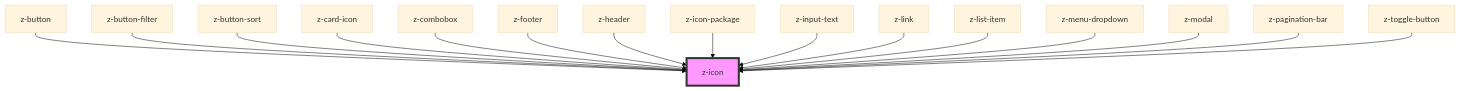
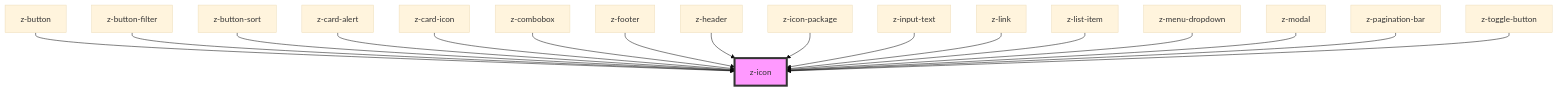
The diagram in web-components-library/src/components/z-icon/readme.md (ZanichelliEditore/design-system), drawn with Mermaid (base theme) before and after one commit. The commit also changed other lines of this file and 7 other files, not shown here.

Commit message:
MYZ-6953 - Tooltip and card alert

````diff
--- a/web-components-library/src/components/z-icon/readme.md
+++ b/web-components-library/src/components/z-icon/readme.md
@@ -39,19 +40,20 @@
 ```mermaid
 graph TD;
   z-button --> z-icon
   z-button-filter --> z-icon
   z-button-sort --> z-icon
+  z-card-alert --> z-icon
   z-card-icon --> z-icon
   z-combobox --> z-icon
   z-footer --> z-icon
   z-header --> z-icon
   z-icon-package --> z-icon
   z-input-text --> z-icon
   z-link --> z-icon
   z-list-item --> z-icon
   z-menu-dropdown --> z-icon
   z-modal --> z-icon
   z-pagination-bar --> z-icon
   z-toggle-button --> z-icon
   style z-icon fill:#f9f,stroke:#333,stroke-width:4px
 ```
````
